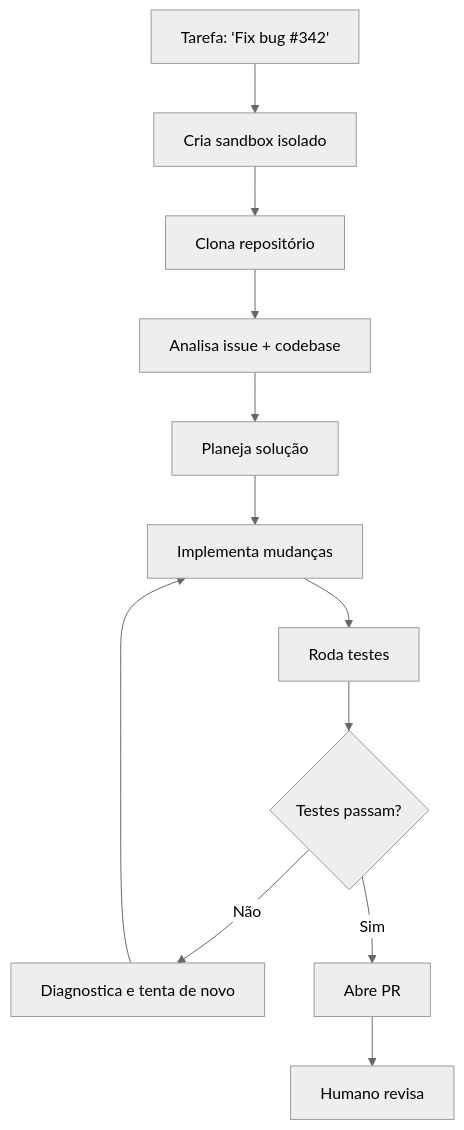
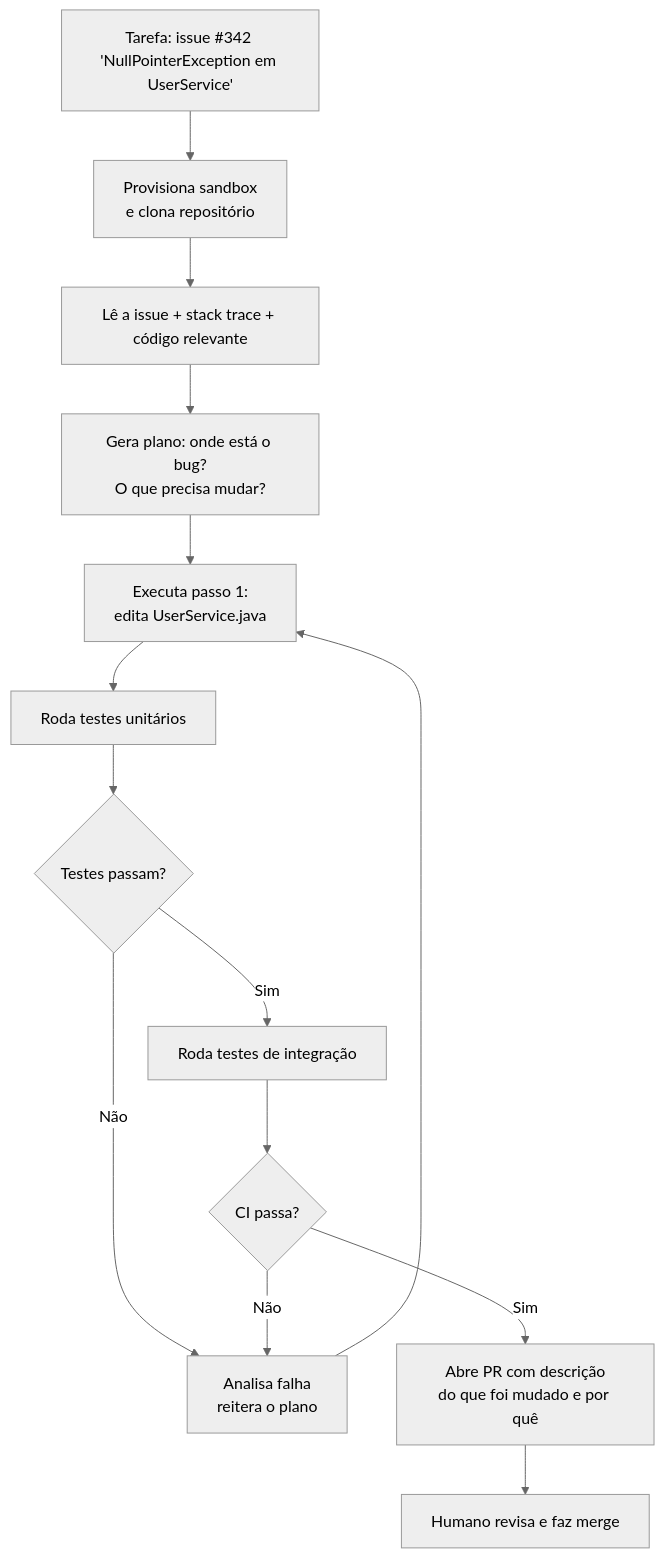
The diagram in 03-Dominios/Tecnologia/IA/Agentes de Codificação/13 - Devin e agentes autônomos cloud.md (josenaldo/codex-technomanticus), drawn with Mermaid (neutral theme) before and after one commit. The commit also changed other lines of this file, not shown here.

````diff
--- a/03-Dominios/Tecnologia/IA/Agentes de Codificação/13 - Devin e agentes autônomos cloud.md
+++ b/03-Dominios/Tecnologia/IA/Agentes de Codificação/13 - Devin e agentes autônomos cloud.md
@@ -45,14 +59,16 @@
 ```mermaid
-graph TD
-    A["Tarefa: 'Fix bug #342'"] --> B[Cria sandbox isolado]
-    B --> C[Clona repositório]
-    C --> D[Analisa issue + codebase]
-    D --> E[Planeja solução]
-    E --> F[Implementa mudanças]
-    F --> G[Roda testes]
-    G --> H{Testes passam?}
-    H -->|Não| I[Diagnostica e tenta de novo]
-    I --> F
-    H -->|Sim| J[Abre PR]
-    J --> K[Humano revisa]
+flowchart TD
+    A["Tarefa: issue #342 'NullPointerException em UserService'"] --> B[Provisiona sandbox\ne clona repositório]
+    B --> C[Lê a issue + stack trace + código relevante]
+    C --> D[Gera plano: onde está o bug?\nO que precisa mudar?]
+    D --> E[Executa passo 1:\nedita UserService.java]
+    E --> F[Roda testes unitários]
+    F --> G{Testes passam?}
+    G -- Não --> H[Analisa falha\nreitera o plano]
+    H --> E
+    G -- Sim --> I[Roda testes de integração]
+    I --> J{CI passa?}
+    J -- Não --> H
+    J -- Sim --> K[Abre PR com descrição\ndo que foi mudado e por quê]
+    K --> L[Humano revisa e faz merge]
 ```
````
